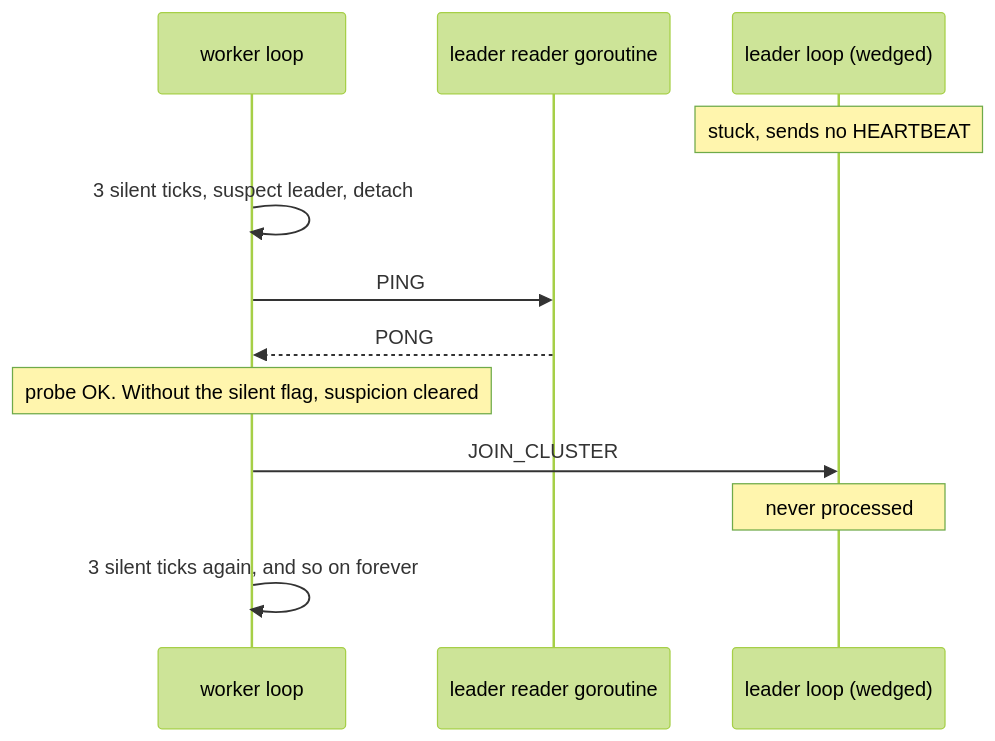
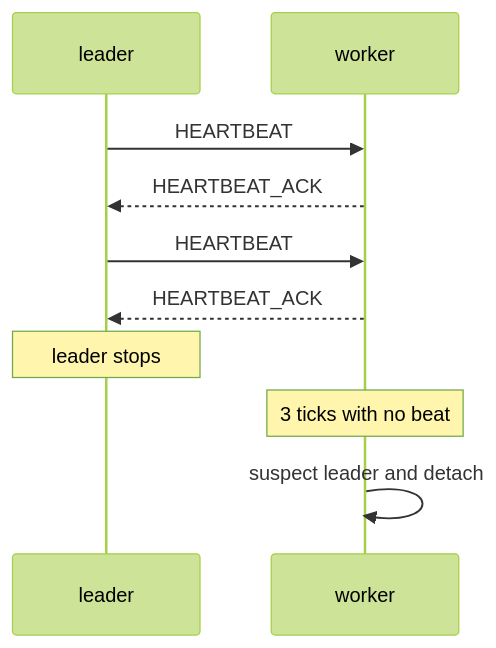
The second of 3 diagrams in docs/architecture/failure-detection-and-failover.md (Aditya-Jyoti/swarm-communication), drawn with Mermaid (forest theme) before and after one commit. The commit also changed other lines of this file and 1 other file, not shown here.

Commit message:
docs(architecture): simplify failover and merge convergence debugging

````diff
--- a/docs/architecture/failure-detection-and-failover.md
+++ b/docs/architecture/failure-detection-and-failover.md
@@ -159,14 +64,12 @@
 ```mermaid
 sequenceDiagram
-    participant W as worker loop
-    participant R as leader reader goroutine
-    participant L as leader loop (wedged)
-    Note over L: stuck, sends no HEARTBEAT
-    W->>W: 3 silent ticks, suspect leader, detach
-    W->>R: PING
-    R-->>W: PONG
-    Note over W: probe OK. Without the silent flag, suspicion cleared
-    W->>L: JOIN_CLUSTER
-    Note over L: never processed
-    W->>W: 3 silent ticks again, and so on forever
+    participant L as leader
+    participant W as worker
+    L->>W: HEARTBEAT
+    W-->>L: HEARTBEAT_ACK
+    L->>W: HEARTBEAT
+    W-->>L: HEARTBEAT_ACK
+    Note over L: leader stops
+    Note over W: 3 ticks with no beat
+    W->>W: suspect leader and detach
 ```
````
